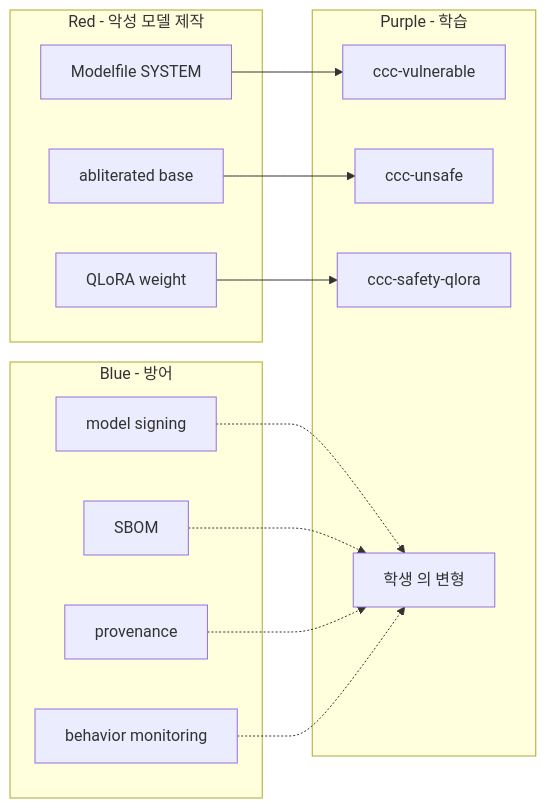
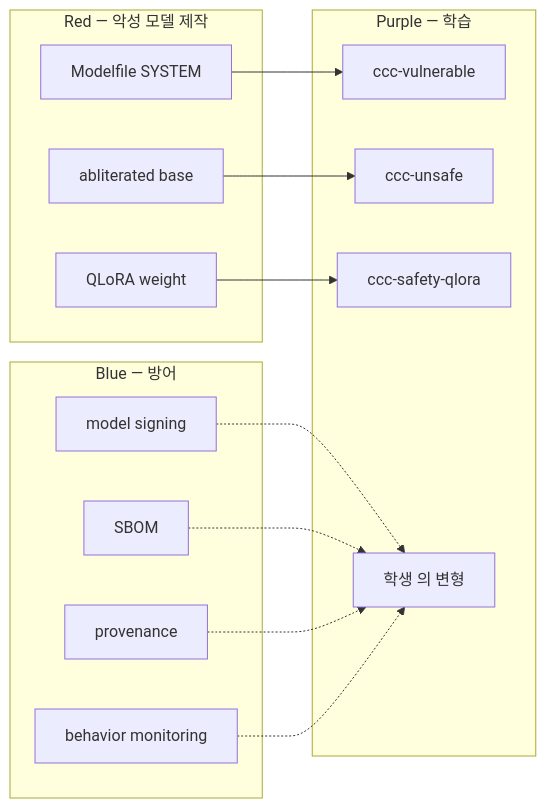
One commit to mrgrit/ccc changed the diagram in contents/standalone/lecture/aisec/week08.md. Above: the diagram before and after it, drawn with Mermaid. The commit also changed other lines of this file and 14 other files, not shown here.

````diff
--- a/contents/standalone/lecture/aisec/week08.md
+++ b/contents/standalone/lecture/aisec/week08.md
@@ -481,30 +595,30 @@
 ```mermaid
 flowchart LR
-    subgraph Red [Red - 악성 모델 제작]
+    subgraph Red ["Red — 악성 모델 제작"]
         R1[Modelfile SYSTEM]
         R2[QLoRA weight]
         R3[abliterated base]
     end
 
-    subgraph Blue [Blue - 방어]
+    subgraph Blue ["Blue — 방어"]
         B1[model signing]
         B2[SBOM]
         B3[provenance]
         B4[behavior monitoring]
     end
 
-    subgraph Purple [Purple - 학습]
+    subgraph Purple ["Purple — 학습"]
         P1[ccc-vulnerable]
         P2[ccc-unsafe]
         P3[ccc-safety-qlora]
         P4[학생 의 변형]
     end
 
     R1 --> P1
     R2 --> P3
     R3 --> P2
     B1 -.-> P4
     B2 -.-> P4
     B3 -.-> P4
     B4 -.-> P4
 ```
````
